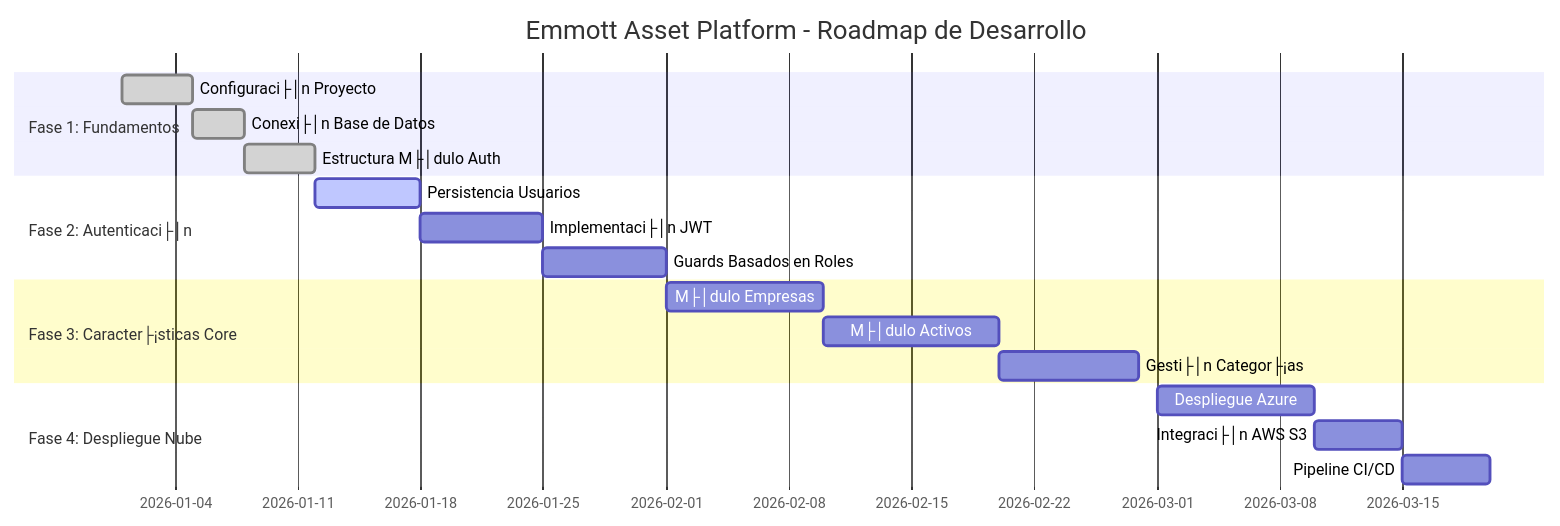
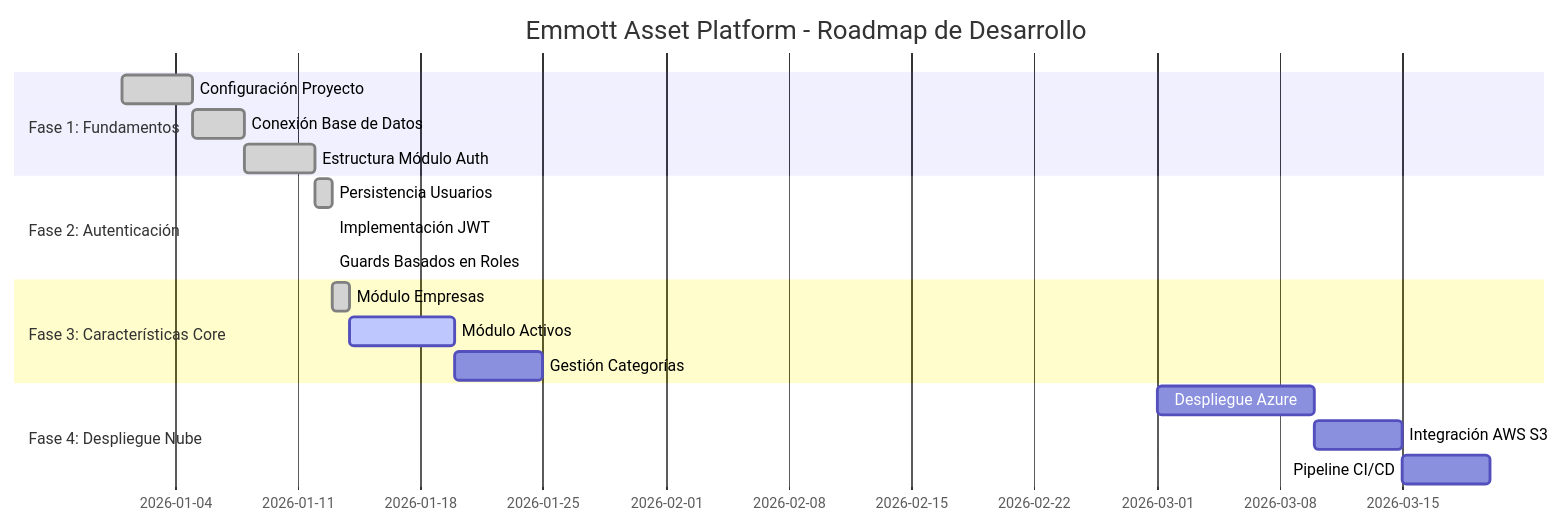
The fifth of 5 diagrams in README.md (marceloemmott-dev/emmott-asset-platform-backend), drawn with Mermaid before and after one commit. The commit also changed other lines of this file, not shown here.

Commit message:
docs: final README update with companies module structure and roadmap status

````diff
--- a/README.md
+++ b/README.md
@@ -944,24 +945,24 @@
 ```mermaid
 gantt
     title Emmott Asset Platform - Roadmap de Desarrollo
     dateFormat YYYY-MM-DD
     section Fase 1: Fundamentos
-    Configuraci├│n Proyecto  :done, p1, 2026-01-01, 2026-01-05
-    Conexi├│n Base de Datos  :done, p2, 2026-01-05, 2026-01-08
-    Estructura M├│dulo Auth  :done, p3, 2026-01-08, 2026-01-12
+    Configuración Proyecto  :done, p1, 2026-01-01, 2026-01-05
+    Conexión Base de Datos  :done, p2, 2026-01-05, 2026-01-08
+    Estructura Módulo Auth  :done, p3, 2026-01-08, 2026-01-12
     
-    section Fase 2: Autenticaci├│n
-    Persistencia Usuarios   :active, p4, 2026-01-12, 2026-01-18
-    Implementaci├│n JWT      :p5, 2026-01-18, 2026-01-25
-    Guards Basados en Roles :p6, 2026-01-25, 2026-02-01
+    section Fase 2: Autenticación
+    Persistencia Usuarios   :done, p4, 2026-01-12, 2026-01-13
+    Implementación JWT      :done, p5, 2026-01-13, 2026-01-13
+    Guards Basados en Roles :done, p6, 2026-01-13, 2026-01-13
     
-    section Fase 3: Caracter├¡sticas Core
-    M├│dulo Empresas         :p7, 2026-02-01, 2026-02-10
-    M├│dulo Activos          :p8, 2026-02-10, 2026-02-20
-    Gesti├│n Categor├¡as      :p9, 2026-02-20, 2026-02-28
+    section Fase 3: Características Core
+    Módulo Empresas         :done, p7, 2026-01-13, 2026-01-14
+    Módulo Activos          :active, p8, 2026-01-14, 2026-01-20
+    Gestión Categorías      :p9, 2026-01-20, 2026-01-25
     
     section Fase 4: Despliegue Nube
     Despliegue Azure        :p10, 2026-03-01, 2026-03-10
-    Integraci├│n AWS S3      :p11, 2026-03-10, 2026-03-15
+    Integración AWS S3      :p11, 2026-03-10, 2026-03-15
     Pipeline CI/CD          :p12, 2026-03-15, 2026-03-20
 ```
````
